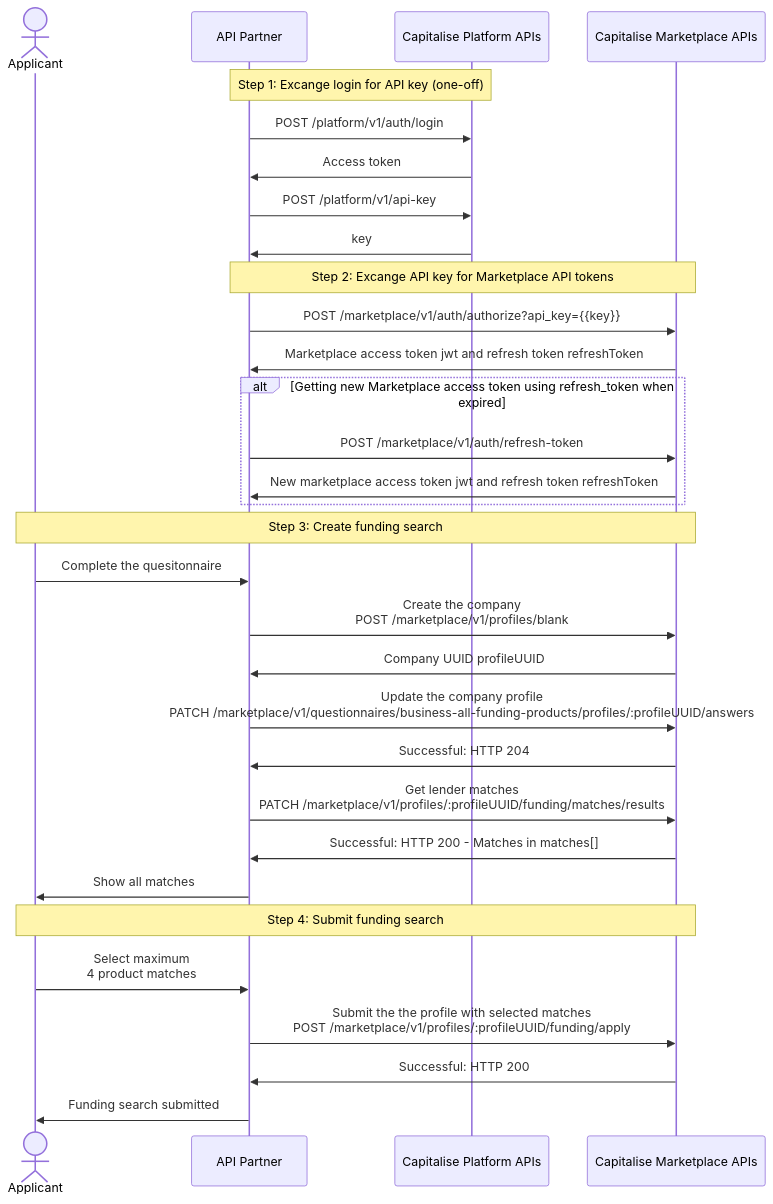
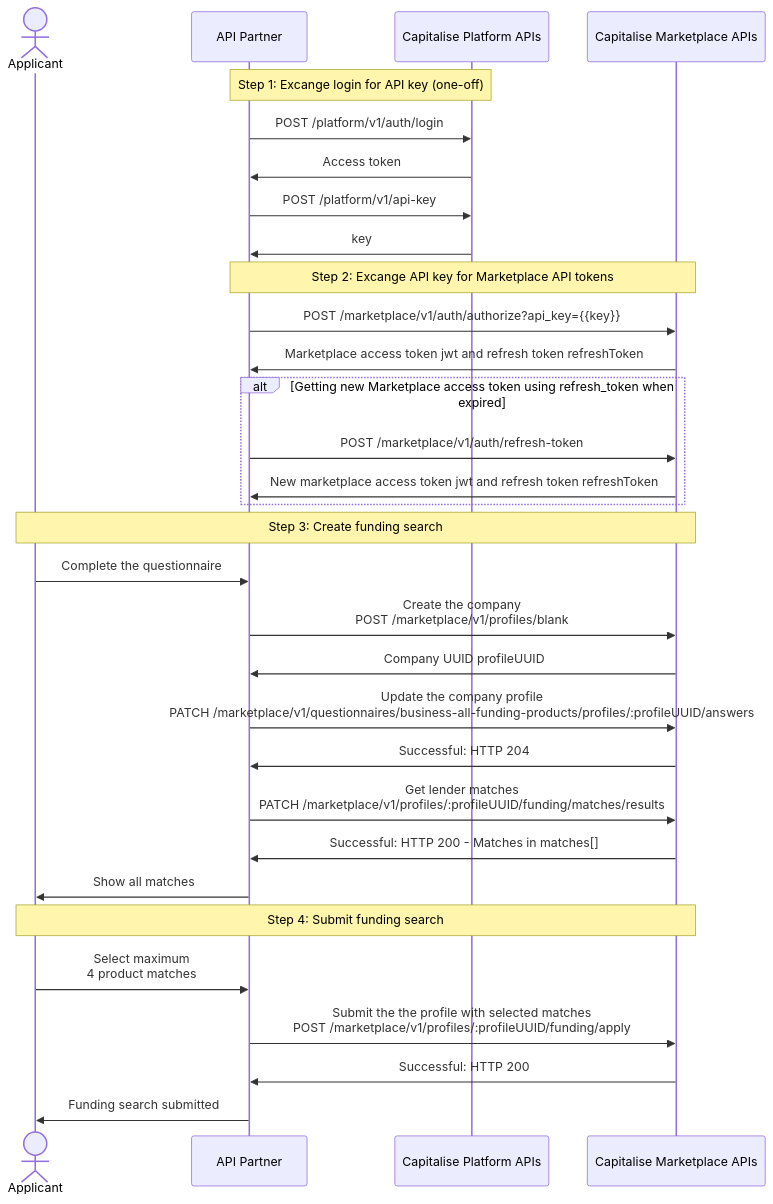
One commit to Capitalise/developer-portal changed the diagram in use-cases/native-funding-search.mdx. Above: the diagram before and after it, drawn with Mermaid. The commit also changed 2 other files, not shown here.

Commit message:
removed endpoints from documentation that are not ready yet; fixed typos

````diff
--- a/use-cases/native-funding-search.mdx
+++ b/use-cases/native-funding-search.mdx
@@ -36,33 +36,33 @@
 ```mermaid
 sequenceDiagram
     actor Applicant
     participant API Partner
     participant Capitalise Platform APIs
     participant Capitalise Marketplace APIs
     Note over API Partner, Capitalise Platform APIs: Step 1: Excange login for API key (one-off)
     API Partner->>Capitalise Platform APIs: POST /platform/v1/auth/login
     Capitalise Platform APIs->>API Partner: Access token
     API Partner->>Capitalise Platform APIs: POST /platform/v1/api-key
     Capitalise Platform APIs->>API Partner: key
     Note over API Partner,Capitalise Marketplace APIs: Step 2: Excange API key for Marketplace API tokens
     API Partner->>Capitalise Marketplace APIs: POST /marketplace/v1/auth/authorize?api_key={{key}}
     Capitalise Marketplace APIs->>API Partner: Marketplace access token jwt and refresh token refreshToken
     alt Getting new Marketplace access token using refresh_token when expired
         API Partner->>Capitalise Marketplace APIs: POST /marketplace/v1/auth/refresh-token
         Capitalise Marketplace APIs->>API Partner: New marketplace access token jwt and refresh token refreshToken
     end
     Note over Applicant,Capitalise Marketplace APIs: Step 3: Create funding search
-    Applicant->>API Partner: Complete the quesitonnaire
+    Applicant->>API Partner: Complete the questionnaire
     API Partner->>Capitalise Marketplace APIs: Create the company<br>POST /marketplace/v1/profiles/blank
     Capitalise Marketplace APIs->>API Partner: Company UUID profileUUID
     API Partner->>Capitalise Marketplace APIs: Update the company profile<br>PATCH /marketplace/v1/questionnaires/business-all-funding-products/profiles/:profileUUID/answers
     Capitalise Marketplace APIs->>API Partner: Successful: HTTP 204
     API Partner->>Capitalise Marketplace APIs: Get lender matches<br>PATCH /marketplace/v1/profiles/:profileUUID/funding/matches/results
     Capitalise Marketplace APIs->>API Partner: Successful: HTTP 200 - Matches in matches[]
     API Partner->>Applicant: Show all matches
     Note over Applicant,Capitalise Marketplace APIs: Step 4: Submit funding search
     Applicant->>API Partner: Select maximum<br>4 product matches
     API Partner->>Capitalise Marketplace APIs: Submit the the profile with selected matches<br>POST /marketplace/v1/profiles/:profileUUID/funding/apply
     Capitalise Marketplace APIs->>API Partner: Successful: HTTP 200
     API Partner->>Applicant: Funding search submitted
 ```
````
